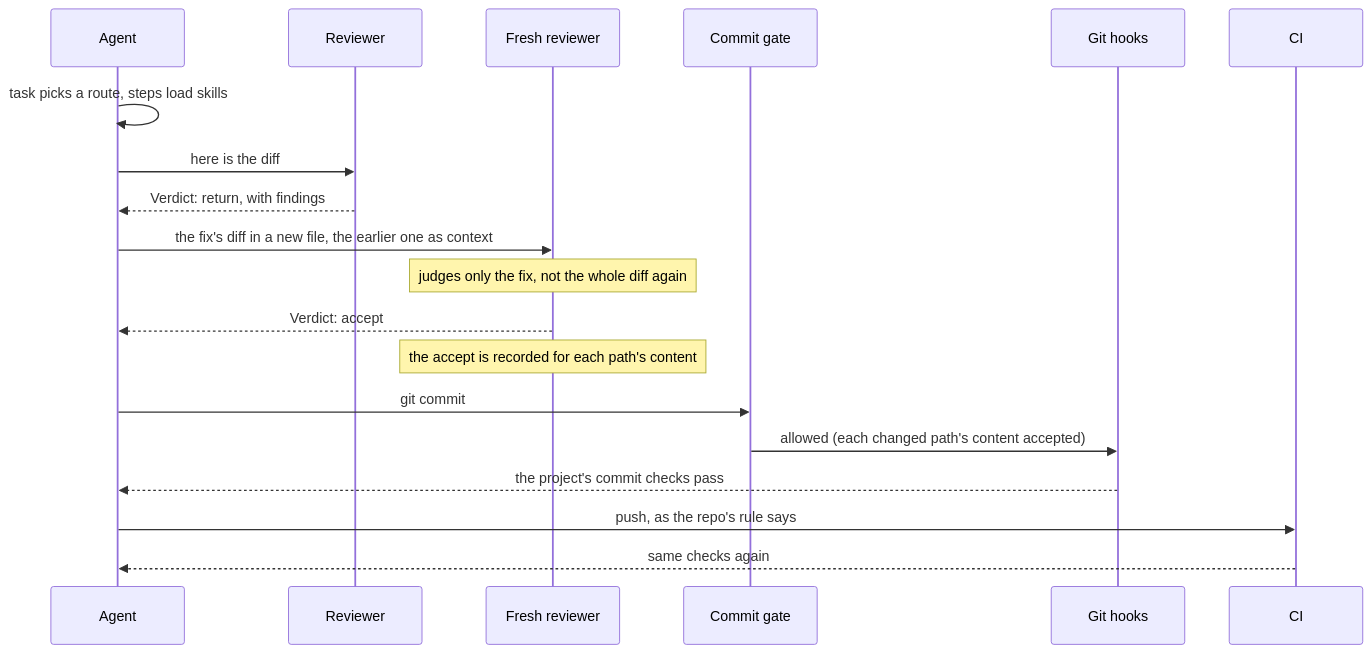
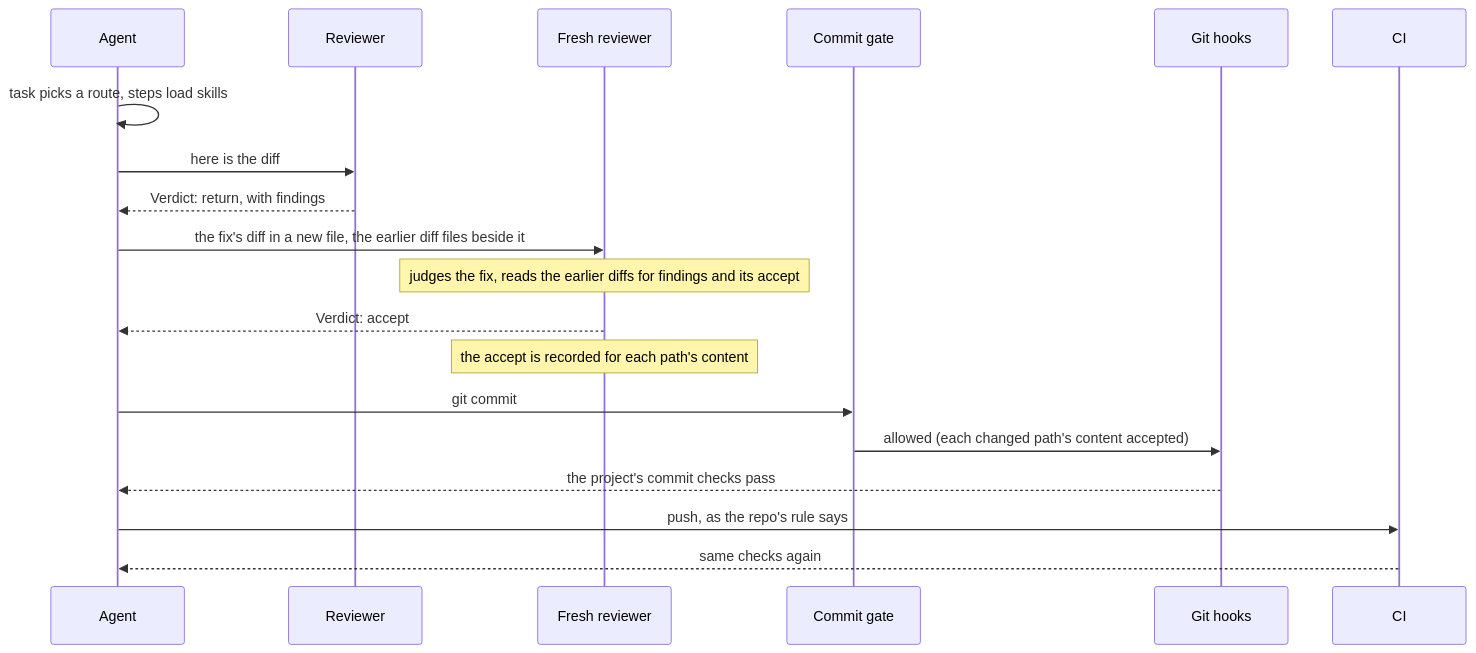
Before and after one commit to cniska/agent-skills: the third of 3 diagrams in docs/plugin.md, drawn with Mermaid. The commit also changed other lines of this file and 5 other files, not shown here.

````diff
--- a/docs/plugin.md
+++ b/docs/plugin.md
@@ -31,21 +31,21 @@
 ```mermaid
 sequenceDiagram
   participant A as Agent
   participant V as Reviewer
   participant R as Fresh reviewer
   participant P as Commit gate
   participant G as Git hooks
   participant C as CI
   A->>A: task picks a route, steps load skills
   A->>V: here is the diff
   V-->>A: Verdict: return, with findings
-  A->>R: the fix's diff in a new file, the earlier one as context
-  Note over R: judges only the fix, not the whole diff again
+  A->>R: the fix's diff in a new file, the earlier diff files beside it
+  Note over R: judges the fix, reads the earlier diffs for findings and its accept
   R-->>A: Verdict: accept
   Note over R: the accept is recorded for each path's content
   A->>P: git commit
   P->>G: allowed (each changed path's content accepted)
   G-->>A: the project's commit checks pass
   A->>C: push, as the repo's rule says
   C-->>A: same checks again
 ```
````
